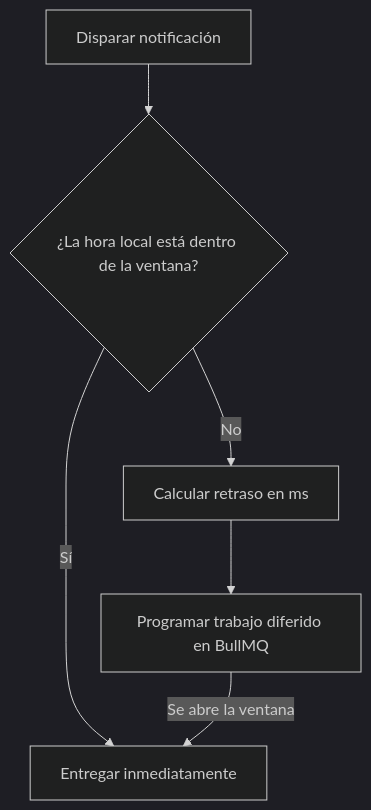
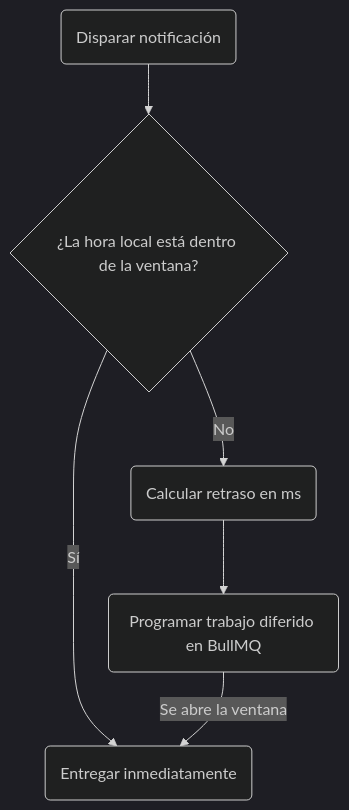
One commit to KriyanshKhunt/nexus_docs changed the diagram in content/docs/es/platform/features/delivery-windows.mdx. Above: the diagram before and after it, drawn with Mermaid (dark theme). The commit also changed 20 other files, not shown here.

Commit message:
Handle es Mermaid charts

````diff
--- a/content/docs/es/platform/features/delivery-windows.mdx
+++ b/content/docs/es/platform/features/delivery-windows.mdx
@@ -8,8 +8,8 @@
 ```mermaid
 flowchart TD
-  Trigger[Disparar notificación] --> Check{¿La hora local está dentro de la ventana?}
-  Check -->|Sí| Deliver[Entregar inmediatamente]
-  Check -->|No| Delay[Calcular retraso en ms]
-  Delay --> Queue[Programar trabajo diferido en BullMQ]
+  Trigger(Disparar notificación) --> Check{¿La hora local está dentro de la ventana?}
+  Check -->|Sí| Deliver(Entregar inmediatamente)
+  Check -->|No| Delay(Calcular retraso en ms)
+  Delay --> Queue(Programar trabajo diferido en BullMQ)
   Queue -->|Se abre la ventana| Deliver
 ```
````
